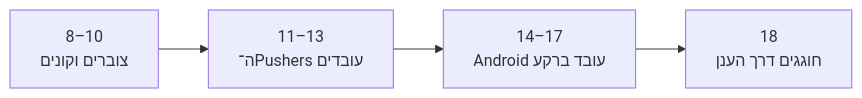
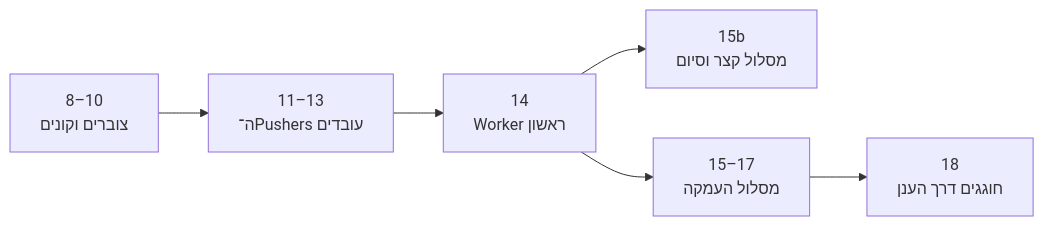
One commit to 3strategy/BeautifulMivney changed the diagram in android/CollectCircles/08-18.student-roadmap.md. Above: the diagram before and after it, drawn with Mermaid. The commit also changed other lines of this file and 2 other files, not shown here.

Commit message:
ended 14. created 15b to shorten the tutorial. updated roadmap

````diff
--- a/android/CollectCircles/08-18.student-roadmap.md
+++ b/android/CollectCircles/08-18.student-roadmap.md
@@ -25,6 +25,8 @@
 ```mermaid
 flowchart LR
     A["8–10<br>צוברים וקונים"] --> B["11–13<br>ה־Pushers עובדים"]
-    B --> C["14–17<br>Android עובד ברקע"]
-    C --> D["18<br>חוגגים דרך הענן"]
+    B --> C["14<br>Worker ראשון"]
+    C --> S["15b<br>מסלול קצר וסיום"]
+    C --> L["15–17<br>מסלול העמקה"]
+    L --> D["18<br>חוגגים דרך הענן"]
 ```
````
